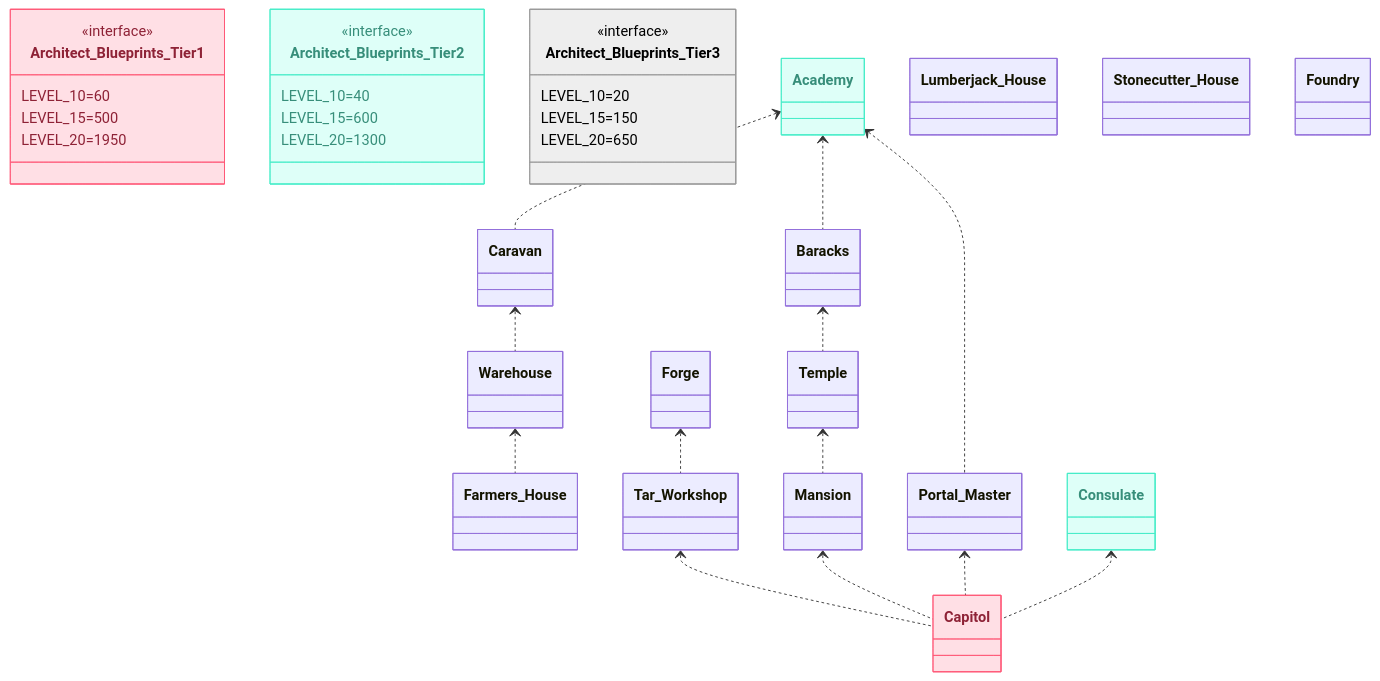
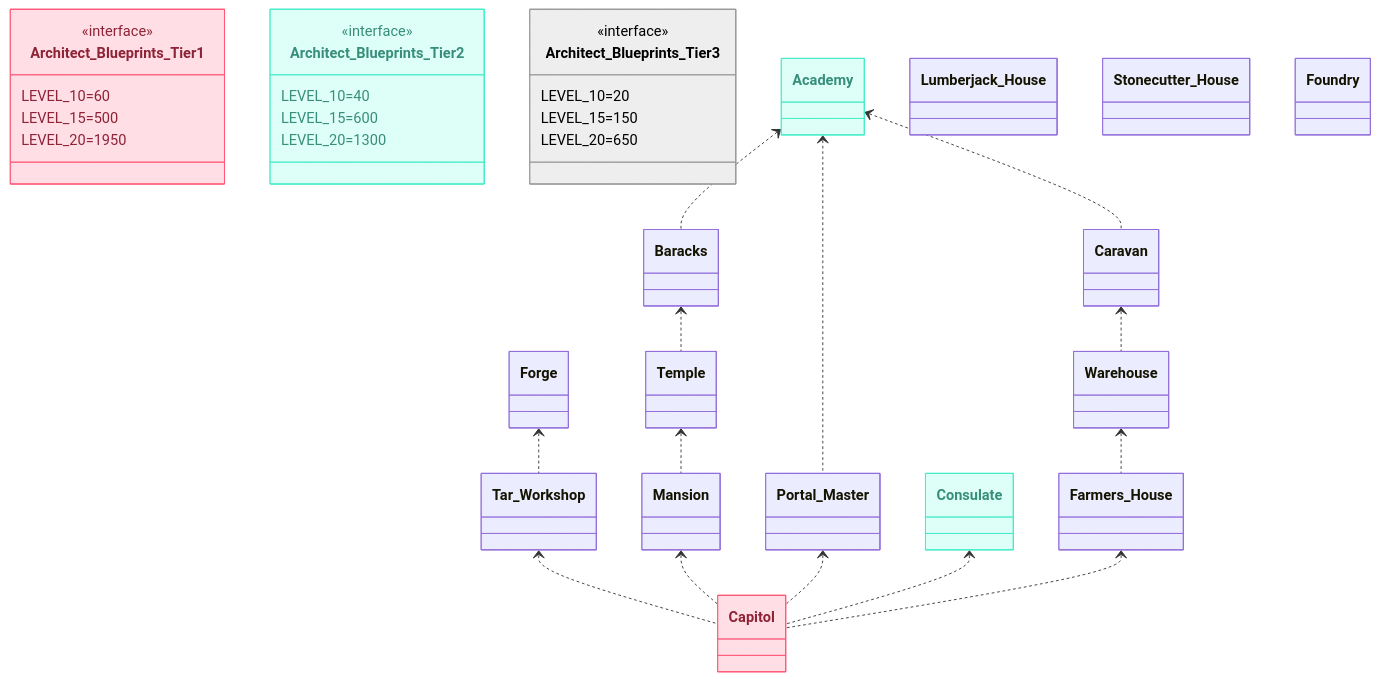
One commit to wloche/total_battle changed the diagram in Total Battle building upgrades.mermaid. Above: the diagram before and after it, drawn with Mermaid.

Commit message:
Update Total Battle building upgrades.mermaid
Adding Farmers_House <.. Capitol

```diff
--- a/Total Battle building upgrades.mermaid
+++ b/Total Battle building upgrades.mermaid
@@ -1,91 +1,92 @@
 classDiagram
     class Architect_Blueprints_Tier1 {
 	    LEVEL_10=60
 	    LEVEL_15=500
 	    LEVEL_20=1950
     }
 
     class Architect_Blueprints_Tier2 {
 	    LEVEL_10=40
 	    LEVEL_15=600
 	    LEVEL_20=1300
     }
 
     class Architect_Blueprints_Tier3 {
 	    LEVEL_10=20
 	    LEVEL_15=150
 	    LEVEL_20=650
     }
 
     class Academy {
     }
 
     class Baracks {
     }
 
     class Caravan {
     }
 
     class Warehouse {
     }
 
     class Farmers_House {
     }
 
     class Temple {
     }
 
     class Mansion {
     }
 
     class Tar_Workshop {
     }
 
     class Portal_Master {
     }
 
     class Consulate {
     }
 
     class Forge {
     }
 
     class Lumberjack_House {
     }
 
     class Stonecutter_House {
     }
 
     class Foundry {
     }
 
     class Capitol {
     }
 
 	<<interface>> Architect_Blueprints_Tier1
 	<<interface>> Architect_Blueprints_Tier2
 	<<interface>> Architect_Blueprints_Tier3
 
     Academy <.. Baracks
     Academy <.. Caravan
     Academy <..  Portal_Master
     Warehouse <.. Farmers_House
     Baracks <.. Temple
     Temple <.. Mansion
     Caravan <.. Warehouse
     Tar_Workshop <.. Capitol
     Mansion <.. Capitol
     Forge <.. Tar_Workshop
     Portal_Master <.. Capitol
     Consulate <.. Capitol
+    Farmers_House <.. Capitol
 
 	class Architect_Blueprints_Tier1:::Tier1
 	class Architect_Blueprints_Tier2:::Tier2
 	class Architect_Blueprints_Tier3:::Tier3
 	class Academy:::Tier2
 	class Consulate:::Tier2
 	class Capitol:::Tier1
 
 	classDef Tier1 :, stroke-width:1px, stroke-dasharray:none, stroke:#FF5978, fill:#FFDFE5, color:#8E2236
 	classDef Tier2 :, stroke-width:1px, stroke-dasharray:none, stroke:#46EDC8, fill:#DEFFF8, color:#378E7A
 	classDef Tier3 :,stroke-width:1px, stroke-dasharray:none, stroke:#999999, fill:#EEEEEE, color:#000000
```
